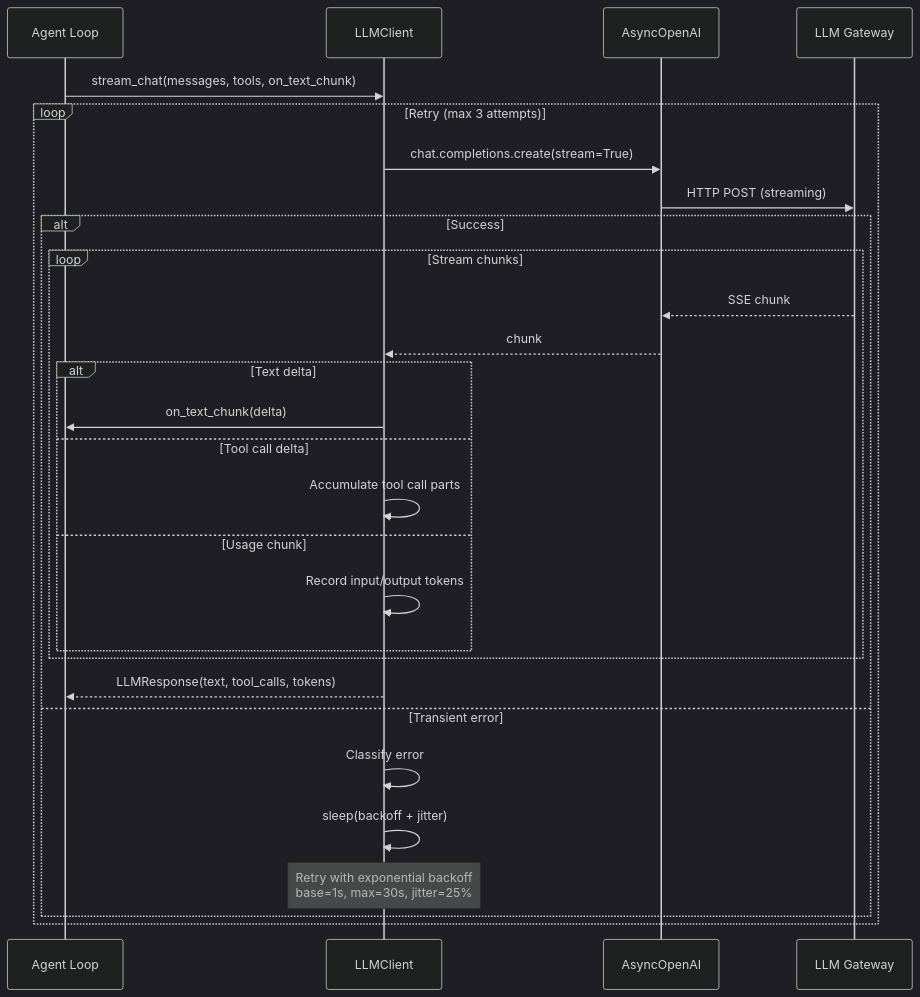
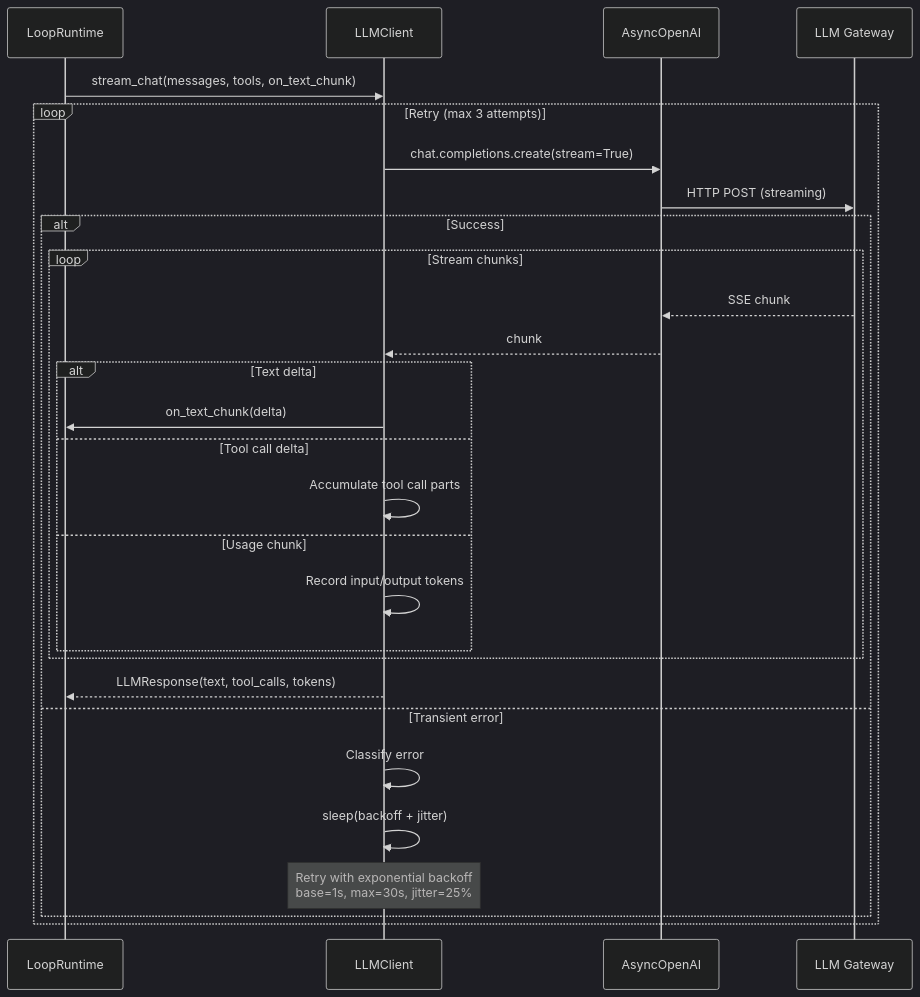
One commit to suman724/cowork-agent-runtime changed diagram 13 of 24 in docs/agent-loop-architecture.md. Above: the diagram before and after it, drawn with Mermaid (dark theme). The commit also changed other lines of this file and 15 other files, not shown here.

First line of the commit message:
refactor(loop): decompose AgentLoop into LoopRuntime + LoopStrategy + ReactLoop (#33)

````diff
--- a/docs/agent-loop-architecture.md
+++ b/docs/agent-loop-architecture.md
@@ -880,33 +944,33 @@
 ```mermaid
 sequenceDiagram
-    participant AL as Agent Loop
+    participant LR as LoopRuntime
     participant LLM as LLMClient
     participant SDK as AsyncOpenAI
     participant GW as LLM Gateway
 
-    AL->>LLM: stream_chat(messages, tools, on_text_chunk)
+    LR->>LLM: stream_chat(messages, tools, on_text_chunk)
 
     loop Retry (max 3 attempts)
         LLM->>SDK: chat.completions.create(stream=True)
         SDK->>GW: HTTP POST (streaming)
 
         alt Success
             loop Stream chunks
                 GW-->>SDK: SSE chunk
                 SDK-->>LLM: chunk
                 alt Text delta
-                    LLM->>AL: on_text_chunk(delta)
+                    LLM->>LR: on_text_chunk(delta)
                 else Tool call delta
                     LLM->>LLM: Accumulate tool call parts
                 else Usage chunk
                     LLM->>LLM: Record input/output tokens
                 end
             end
-            LLM-->>AL: LLMResponse(text, tool_calls, tokens)
+            LLM-->>LR: LLMResponse(text, tool_calls, tokens)
         else Transient error
             LLM->>LLM: Classify error
             LLM->>LLM: sleep(backoff + jitter)
             Note over LLM: Retry with exponential backoff<br/>base=1s, max=30s, jitter=25%
         end
     end
 ```
````
